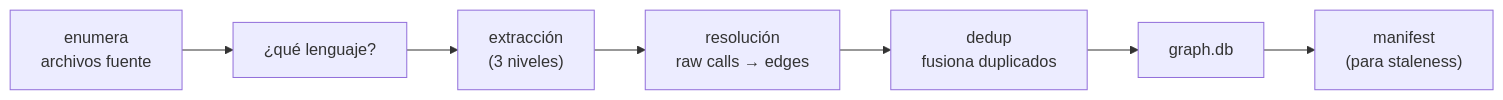
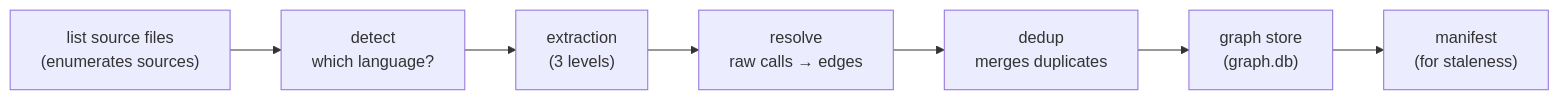
One commit to Kolimar/leina changed the first of 5 diagrams in docs/concepts/02-grafo.md. Above: the diagram before and after it, drawn with Mermaid. The commit also changed other lines of this file and 27 other files, not shown here.

````diff
--- a/docs/concepts/02-grafo.md
+++ b/docs/concepts/02-grafo.md
@@ -24,9 +25,9 @@
 ```mermaid
 flowchart LR
-    src["enumera<br/>archivos fuente"] --> detect["¿qué lenguaje?"]
-    detect --> extract["extracción<br/>(3 niveles)"]
-    extract --> resolve["resolución<br/>raw calls → edges"]
-    resolve --> dedup["dedup<br/>fusiona duplicados"]
-    dedup --> store["graph.db"]
-    store --> manifest["manifest<br/>(para staleness)"]
+    src["list source files<br/>(enumerates sources)"] --> detect["detect<br/>which language?"]
+    detect --> extract["extraction<br/>(3 levels)"]
+    extract --> resolve["resolve<br/>raw calls → edges"]
+    resolve --> dedup["dedup<br/>merges duplicates"]
+    dedup --> store["graph store<br/>(graph.db)"]
+    store --> manifest["manifest<br/>(for staleness)"]
 ```
````
